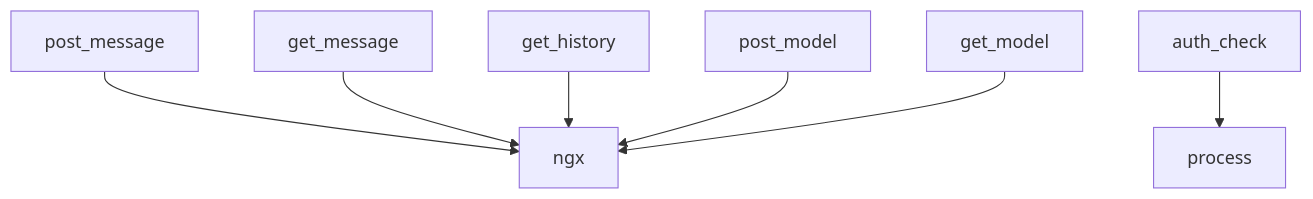
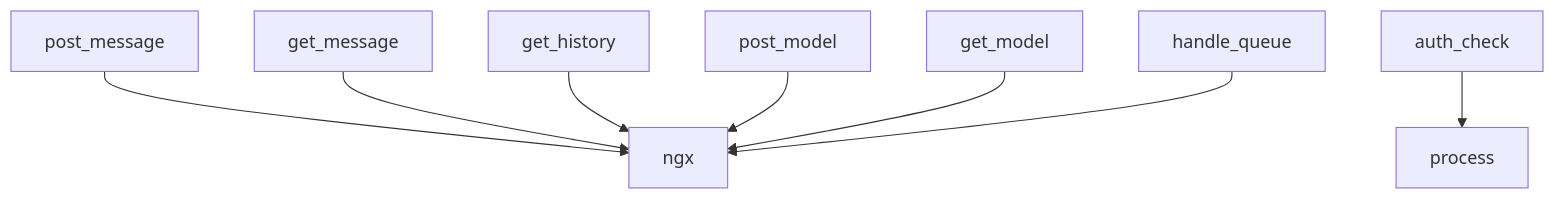
Before and after one commit to DovahkiinYuzuko/ddo-saba: the diagram in docs/variables'n'functions/[JavaScript]broadcast.md, drawn with Mermaid. The commit also changed other lines of this file and 12 other files, not shown here.

````diff
--- a/docs/variables'n'functions/[JavaScript]broadcast.md
+++ b/docs/variables'n'functions/[JavaScript]broadcast.md
@@ -83,9 +92,10 @@
 ```mermaid
 graph TD
     post_message --> ngx
     get_message --> ngx
     get_history --> ngx
     post_model --> ngx
     get_model --> ngx
+    handle_queue --> ngx
     auth_check --> process
 ```
````
